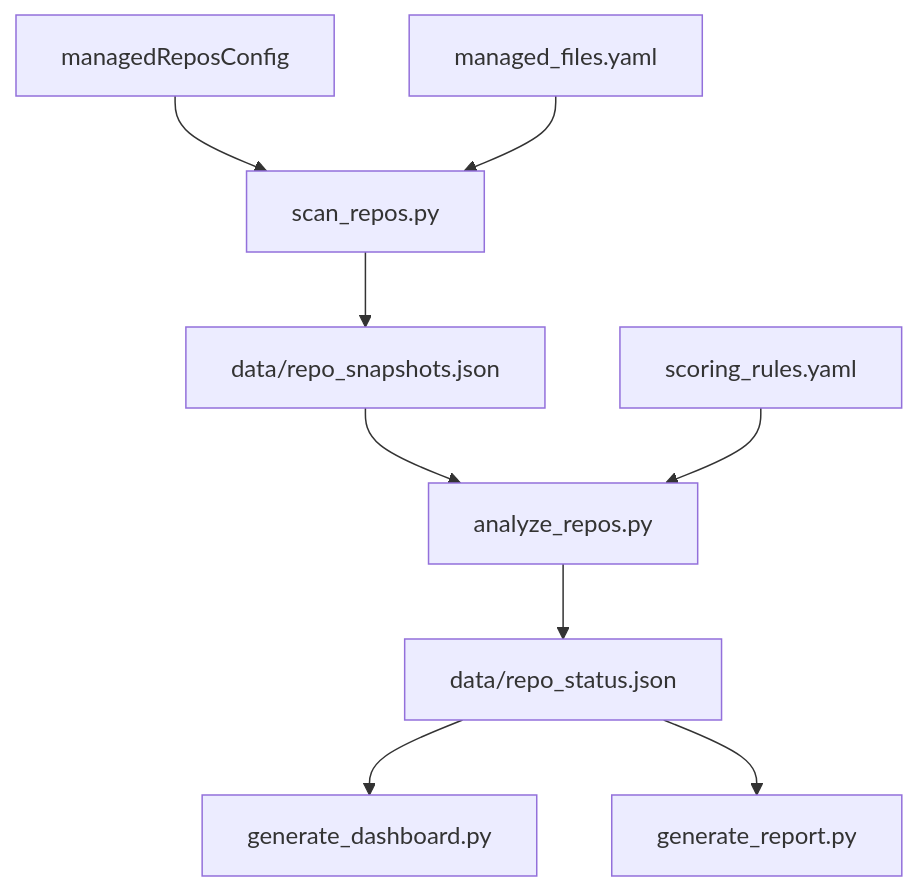
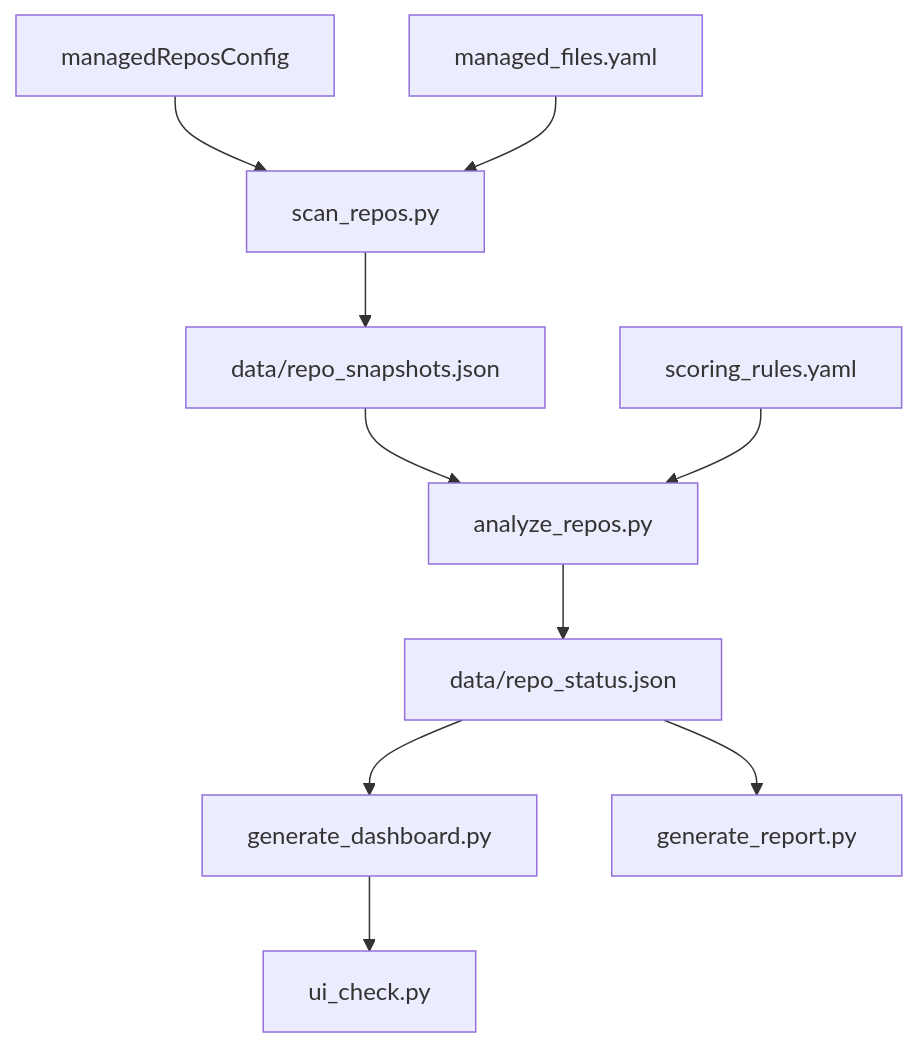
Before and after one commit to alalapi-0/repo-ops-dashboard: the diagram in docs/architecture.md, drawn with Mermaid. The commit also changed other lines of this file and 61 other files, not shown here.

````diff
--- a/docs/architecture.md
+++ b/docs/architecture.md
@@ -17,11 +20,12 @@
 ```mermaid
 flowchart TD
   repos[managedReposConfig] --> scan[scan_repos.py]
   managedFiles[managed_files.yaml] --> scan
   scan --> snapshots[data/repo_snapshots.json]
   snapshots --> analyze[analyze_repos.py]
   rules[scoring_rules.yaml] --> analyze
   analyze --> status[data/repo_status.json]
   status --> dashboard[generate_dashboard.py]
   status --> report[generate_report.py]
+  dashboard --> uiCheck[ui_check.py]
 ```
````
